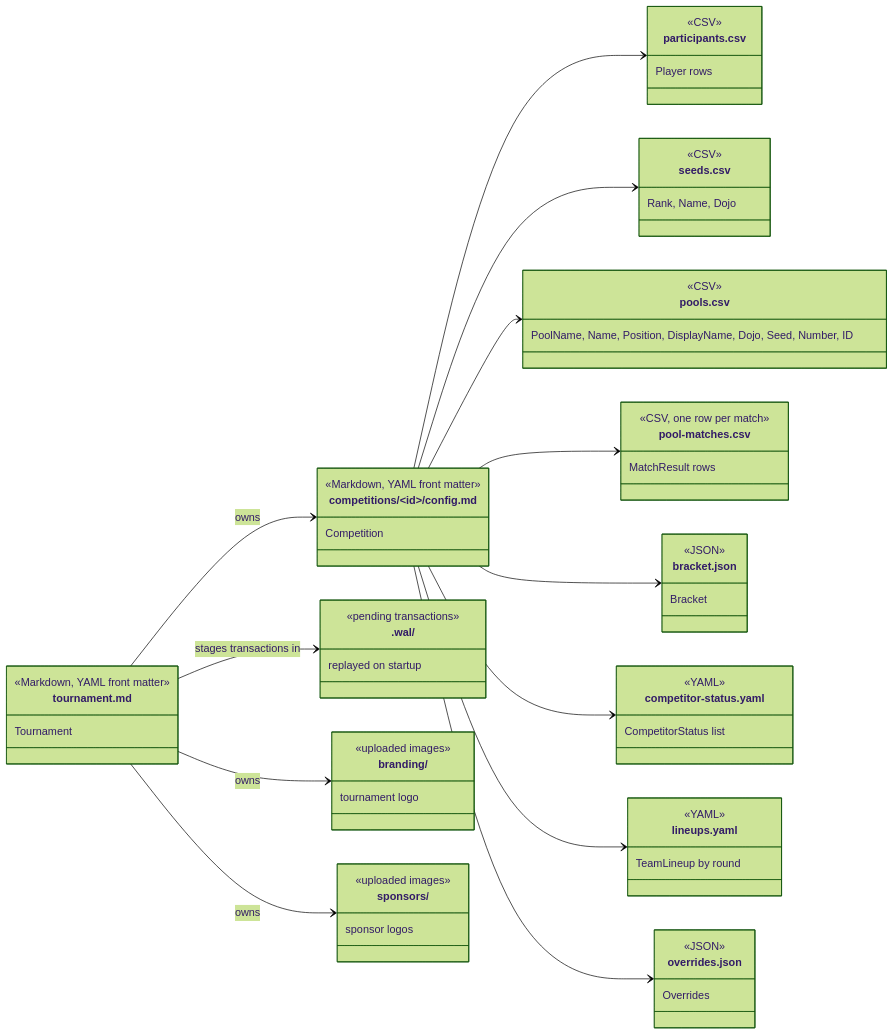
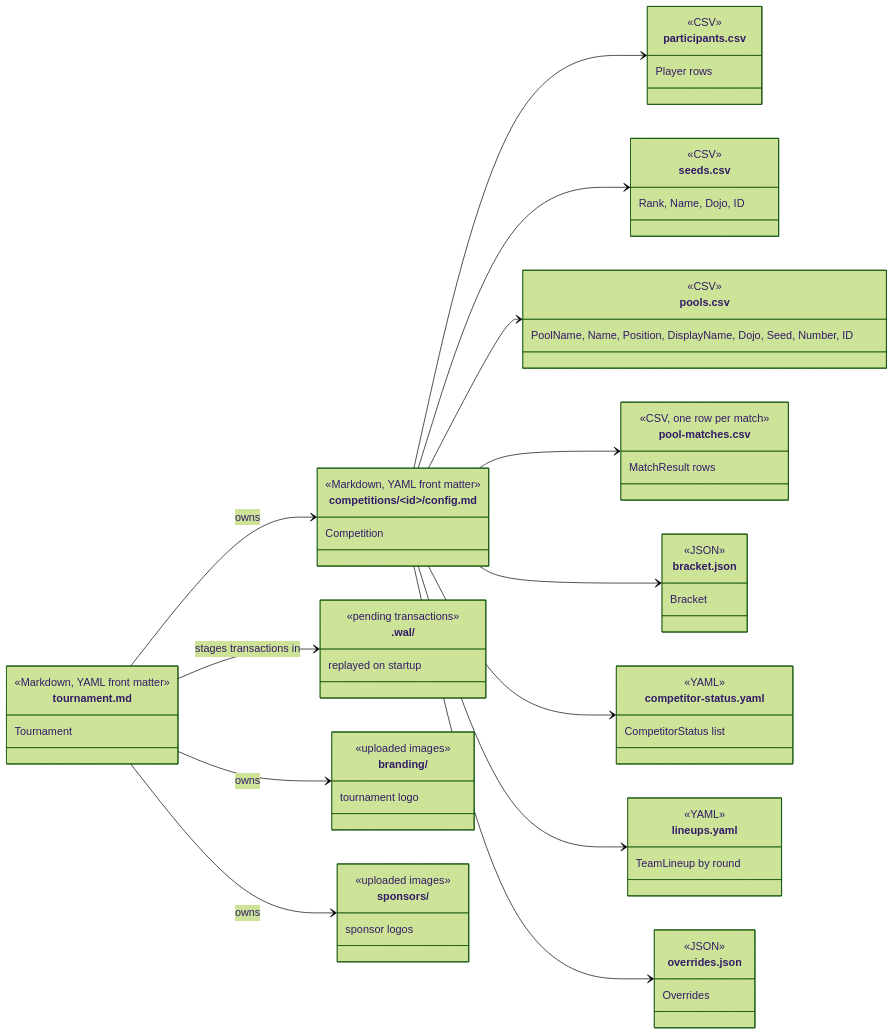
The third of 4 diagrams in docs/architecture/data-model.md (gitrgoliveira/bracket-creator), drawn with Mermaid (forest theme) before and after one commit. The commit also changed other lines of this file and 18 other files, not shown here.

````diff
--- a/docs/architecture/data-model.md
+++ b/docs/architecture/data-model.md
@@ -264,70 +264,70 @@
 ```mermaid
 classDiagram
     direction LR
 
     class tournament_md["tournament.md"] {
         <<Markdown, YAML front matter>>
         Tournament
     }
     class config_md["competitions/&lt;id&gt;/config.md"] {
         <<Markdown, YAML front matter>>
         Competition
     }
     class participants_csv["participants.csv"] {
         <<CSV>>
         Player rows
     }
     class seeds_csv["seeds.csv"] {
         <<CSV>>
-        Rank, Name, Dojo
+        Rank, Name, Dojo, ID
     }
     class pools_csv["pools.csv"] {
         <<CSV>>
         PoolName, Name, Position, DisplayName, Dojo, Seed, Number, ID
     }
     class pool_matches_csv["pool-matches.csv"] {
         <<CSV, one row per match>>
         MatchResult rows
     }
     class bracket_json["bracket.json"] {
         <<JSON>>
         Bracket
     }
     class status_yaml["competitor-status.yaml"] {
         <<YAML>>
         CompetitorStatus list
     }
     class lineups_yaml["lineups.yaml"] {
         <<YAML>>
         TeamLineup by round
     }
     class overrides_json["overrides.json"] {
         <<JSON>>
         Overrides
     }
     class wal[".wal/"] {
         <<pending transactions>>
         replayed on startup
     }
     class branding_dir["branding/"] {
         <<uploaded images>>
         tournament logo
     }
     class sponsors_dir["sponsors/"] {
         <<uploaded images>>
         sponsor logos
     }
 
     tournament_md --> config_md : owns
     tournament_md --> branding_dir : owns
     tournament_md --> sponsors_dir : owns
     tournament_md --> wal : stages transactions in
     config_md --> participants_csv
     config_md --> seeds_csv
     config_md --> pools_csv
     config_md --> pool_matches_csv
     config_md --> bracket_json
     config_md --> status_yaml
     config_md --> lineups_yaml
     config_md --> overrides_json
 ```
````
